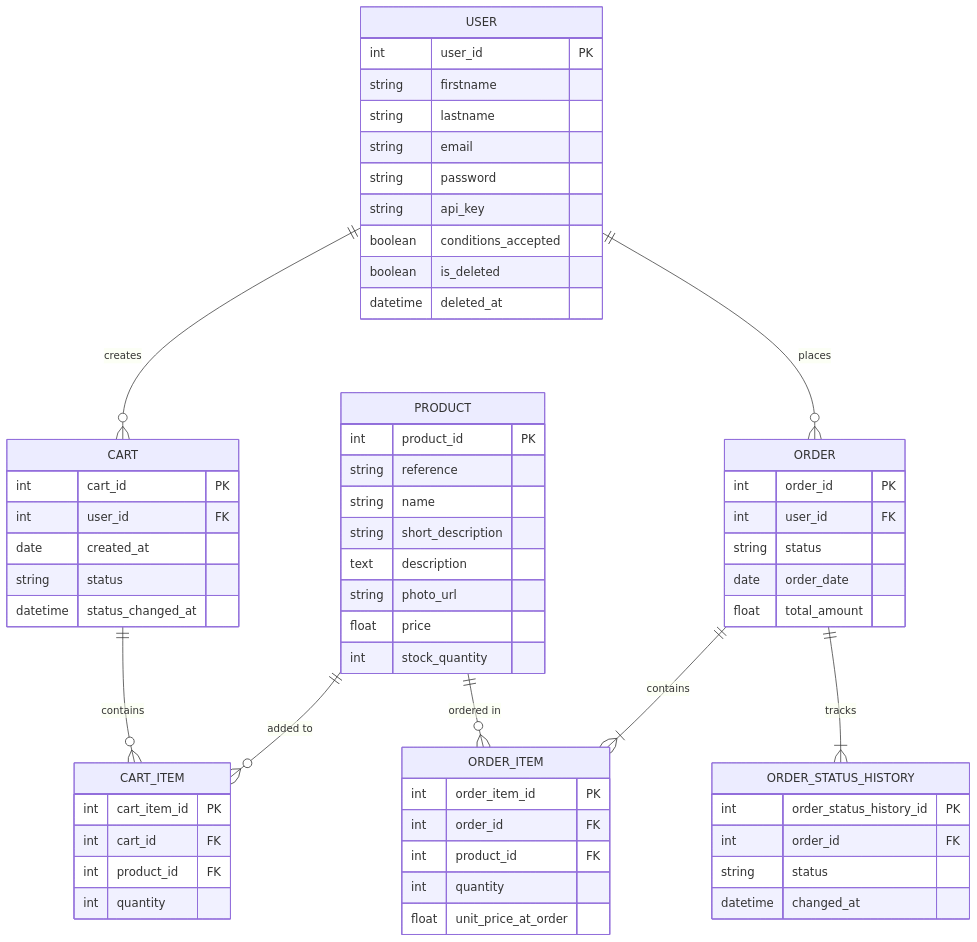
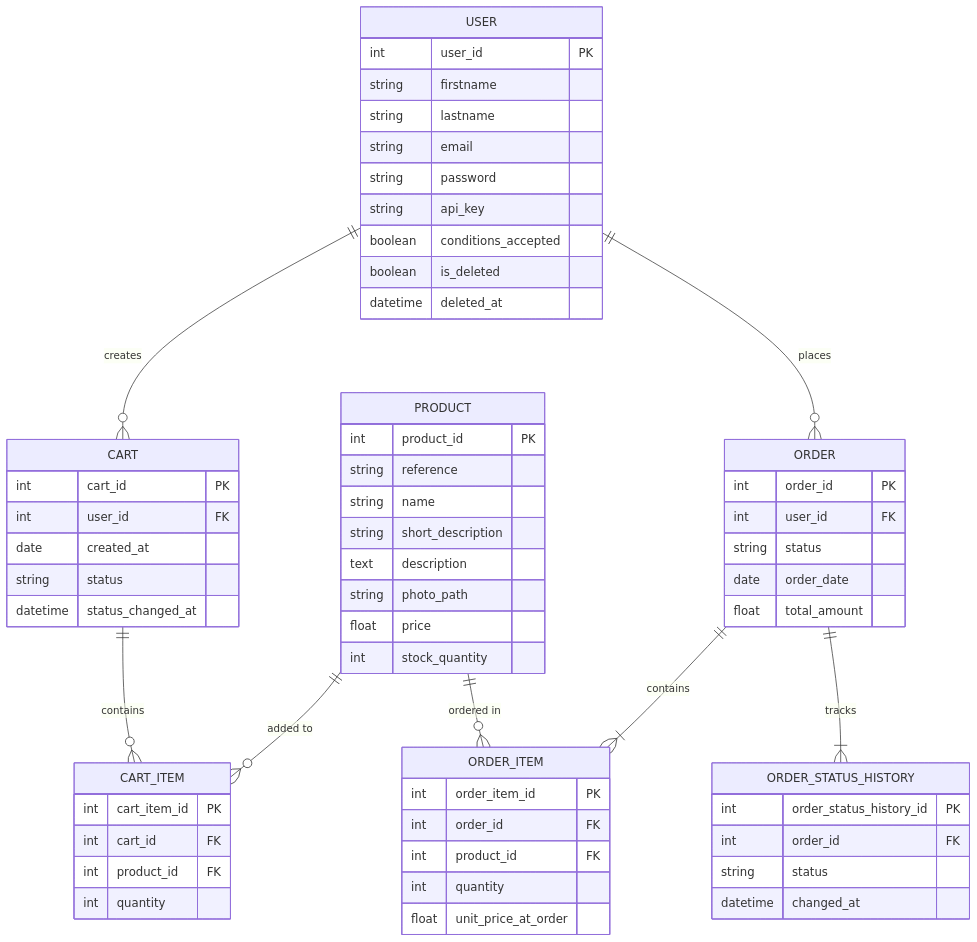
One commit to Squarenoize/ForgeChene changed the diagram in diagrammeBaseDeDonnees.mmd. Above: the diagram before and after it, drawn with Mermaid. The commit also changed 16 other files, not shown here.

```diff
--- a/diagrammeBaseDeDonnees.mmd
+++ b/diagrammeBaseDeDonnees.mmd
@@ -1,69 +1,69 @@
 erDiagram
     USER ||--o{ CART : creates
     USER ||--o{ ORDER : places
     CART ||--o{ CART_ITEM : contains
     PRODUCT ||--o{ CART_ITEM : "added to"
     PRODUCT ||--o{ ORDER_ITEM : "ordered in"
     ORDER ||--|{ ORDER_ITEM : contains
     ORDER ||--|{ ORDER_STATUS_HISTORY : "tracks"
 
     USER {
         int user_id PK
         string firstname
         string lastname
         string email
         string password
         string api_key
         boolean conditions_accepted
         boolean is_deleted
         datetime deleted_at
     }
 
     PRODUCT {
         int product_id PK
         string reference
         string name
         string short_description
         text description
-        string photo_url
+        string photo_path
         float price
         int stock_quantity
     }
 
     CART {
         int cart_id PK
         int user_id FK
         date created_at
         string status
         datetime status_changed_at
     }
 
     CART_ITEM {
         int cart_item_id PK
         int cart_id FK
         int product_id FK
         int quantity
     }
 
     ORDER {
         int order_id PK
         int user_id FK
         string status
         date order_date
         float total_amount
     }
 
     ORDER_ITEM {
         int order_item_id PK
         int order_id FK
         int product_id FK
         int quantity
         float unit_price_at_order
     }
 
     ORDER_STATUS_HISTORY {
         int order_status_history_id PK
         int order_id FK
         string status
         datetime changed_at
     }
```
